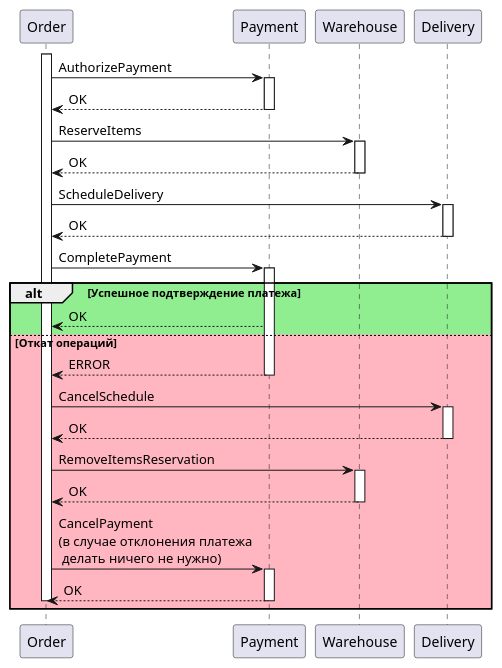
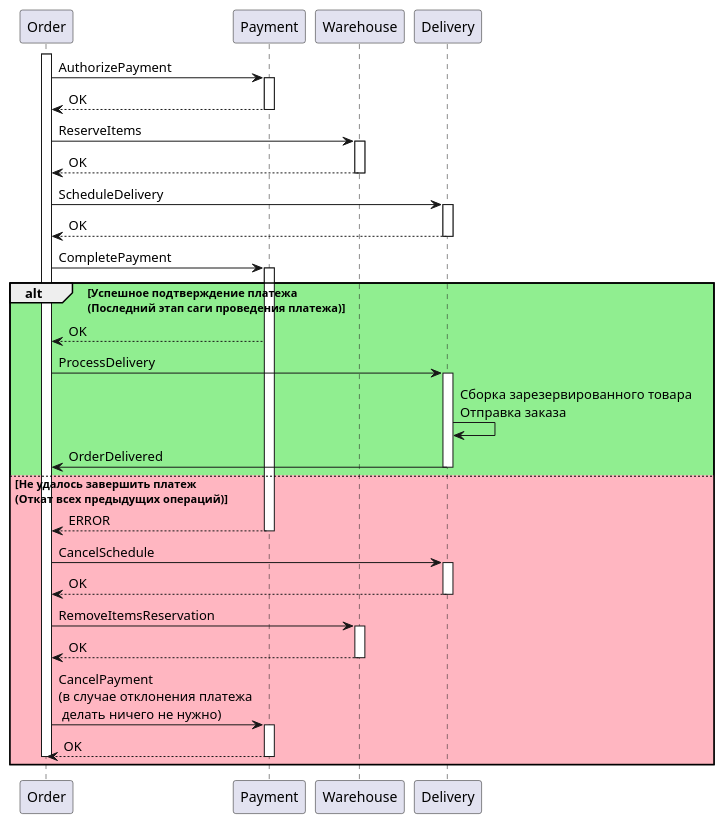
One commit to klwxsrx/arch-course-project changed the diagram in docs/purchase_process.puml. Above: the diagram before and after it, drawn with PlantUML. The commit also changed 30 other files, not shown here.

```diff
--- a/docs/purchase_process.puml
+++ b/docs/purchase_process.puml
@@ -1,56 +1,64 @@
 @startuml
 
 activate Order
 
 Order -> Payment: AuthorizePayment
 activate Payment
 
 Order <-- Payment: OK
 deactivate Payment
 
 Order -> Warehouse: ReserveItems
 activate Warehouse
 
 Order <-- Warehouse: OK
 deactivate Warehouse
 
 Order -> Delivery: ScheduleDelivery
 activate Delivery
 
 Order <-- Delivery: OK
 deactivate Delivery
 
 Order -> Payment: CompletePayment
 activate Payment
 
-alt #lightgreen Успешное подтверждение платежа
+alt #lightgreen Успешное подтверждение платежа\n(Последний этап саги проведения платежа)
 
 Order <-- Payment: OK
 
-else #lightpink Откат операций
+Order -> Delivery: ProcessDelivery
+activate Delivery
+
+Delivery -> Delivery: Сборка зарезервированного товара\nОтправка заказа
+
+Delivery -> Order: OrderDelivered
+deactivate Delivery
+
+else #lightpink Не удалось завершить платеж\n(Откат всех предыдущих операций)
 
 Order <-- Payment: ERROR
 deactivate Payment
 
 Order -> Delivery: CancelSchedule
 activate Delivery
 
 Order <-- Delivery: OK
 deactivate Delivery
 
 Order -> Warehouse: RemoveItemsReservation
 activate Warehouse
 
 Order <-- Warehouse: OK
 deactivate Warehouse
 
 Order -> Payment: CancelPayment\n(в случае отклонения платежа\n делать ничего не нужно)
 activate Payment
 
 Order <-- Payment: OK
 deactivate Payment
 deactivate Order
 
 end
 
 @enduml
```
